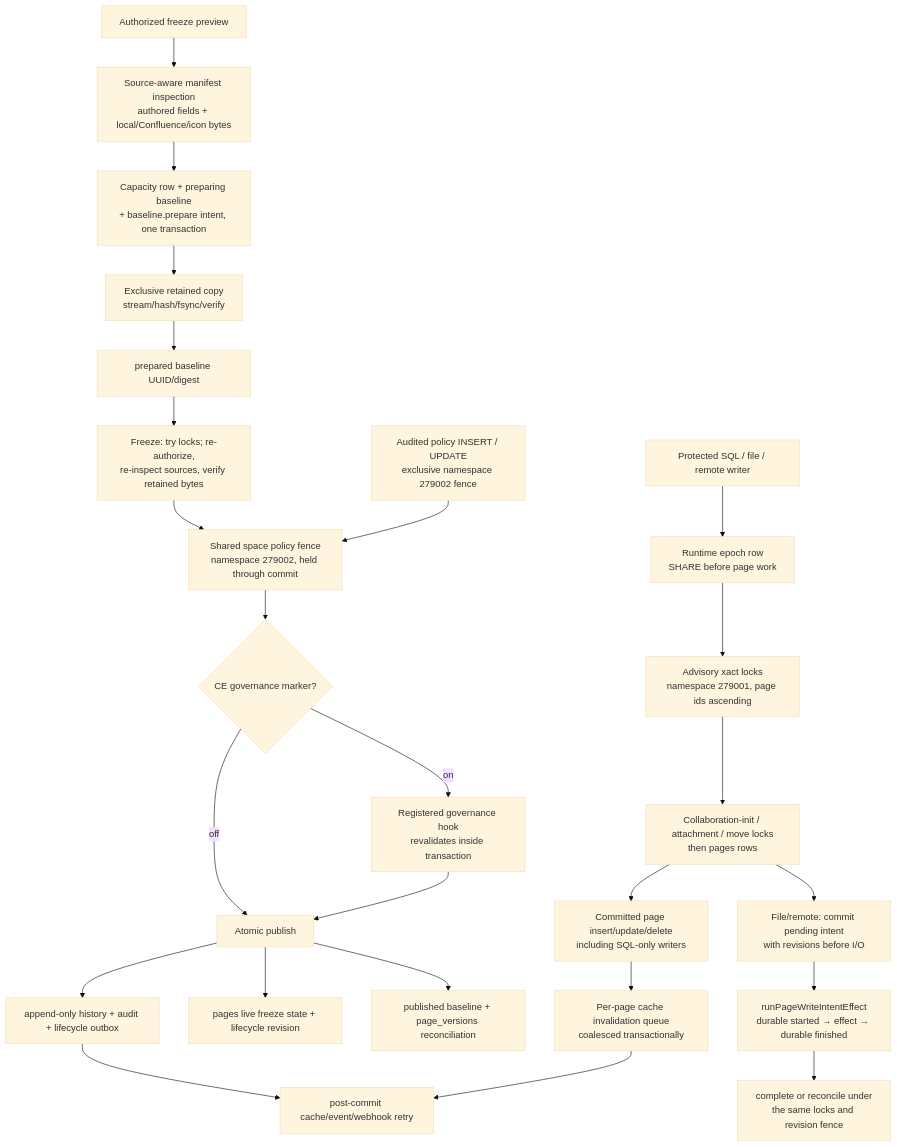
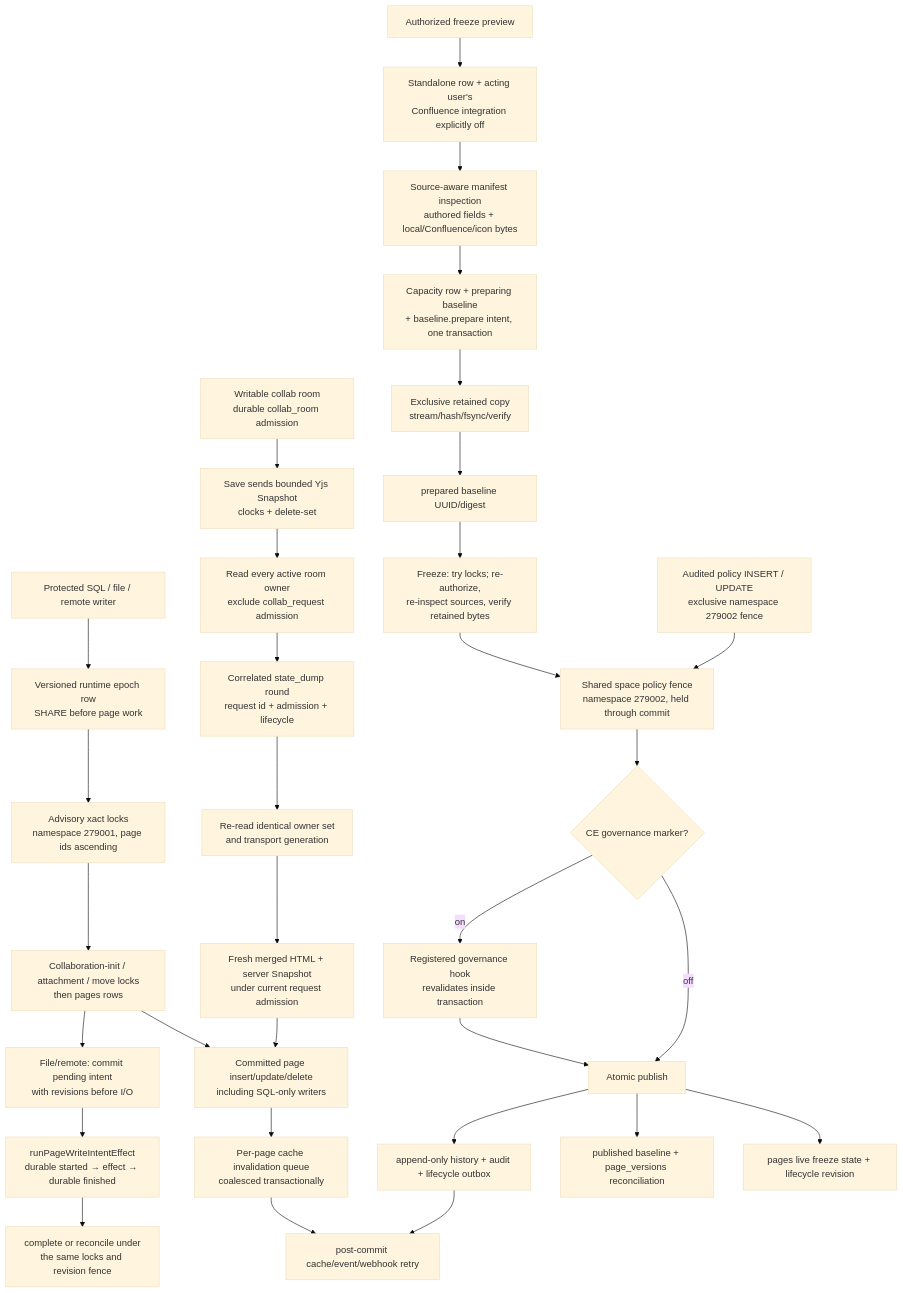
The fourth of 7 diagrams in docs/architecture/03-backend-domains.md (Compendiq/compendiq-ce), drawn with Mermaid (base theme) before and after one commit. The commit also changed other lines of this file and 107 other files, not shown here.

````diff
--- a/docs/architecture/03-backend-domains.md
+++ b/docs/architecture/03-backend-domains.md
@@ -120,28 +121,36 @@
 ```mermaid
 flowchart TD
-    writer["Protected SQL / file / remote writer"] --> runtime["Runtime epoch row<br/>SHARE before page work"]
+    writer["Protected SQL / file / remote writer"] --> runtime["Versioned runtime epoch row<br/>SHARE before page work"]
     runtime --> locks["Advisory xact locks<br/>namespace 279001, page ids ascending"]
     locks --> subsystem["Collaboration-init / attachment / move locks<br/>then pages rows"]
     subsystem --> sql["SQL-only: validate + mutate<br/>on the same PoolClient"]
     subsystem --> intent["File/remote: commit pending intent<br/>with revisions before I/O"]
     intent --> effect["runPageWriteIntentEffect<br/>durable started → effect → durable finished"]
     effect --> settle["complete or reconcile under<br/>the same locks and revision fence"]
 
-    preview["Authorized freeze preview"] --> inspect["Source-aware manifest inspection<br/>authored fields + local/Confluence/icon bytes"]
+    room["Writable collab room<br/>durable collab_room admission"] --> save["Save sends bounded Yjs Snapshot<br/>clocks + delete-set"]
+    save --> owners["Read every active room owner<br/>exclude collab_request admission"]
+    owners --> dumps["Correlated state_dump round<br/>request id + admission + lifecycle"]
+    dumps --> fence["Re-read identical owner set<br/>and transport generation"]
+    fence --> commitSnapshot["Fresh merged HTML + server Snapshot<br/>under current request admission"]
+    commitSnapshot --> sql
+
+    preview["Authorized freeze preview"] --> eligible["Standalone row + acting user's<br/>Confluence integration explicitly off"]
+    eligible --> inspect["Source-aware manifest inspection<br/>authored fields + local/Confluence/icon bytes"]
     inspect --> reserve["Capacity row + preparing baseline<br/>+ baseline.prepare intent, one transaction"]
     reserve --> copy["Exclusive retained copy<br/>stream/hash/fsync/verify"]
     copy --> prepared["prepared baseline UUID/digest"]
     prepared --> freeze["Freeze: try locks; re-authorize,<br/>re-inspect sources, verify retained bytes"]
     freeze --> policyFence["Shared space policy fence<br/>namespace 279002, held through commit"]
     policyWrite["Audited policy INSERT / UPDATE<br/>exclusive namespace 279002 fence"] --> policyFence
     policyFence --> marker{"CE governance marker?"}
     marker -->|off| publish["Atomic publish"]
     marker -->|on| hook["Registered governance hook<br/>revalidates inside transaction"]
     hook --> publish
     publish --> state["pages live freeze state + lifecycle revision"]
     publish --> evidence["published baseline + page_versions reconciliation"]
     publish --> ledger["append-only history + audit + lifecycle outbox"]
     ledger --> delivery["post-commit cache/event/webhook retry"]
     sql["Committed page insert/update/delete<br/>including SQL-only writers"] --> cacheQueue["Per-page cache invalidation queue<br/>coalesced transactionally"]
     cacheQueue --> delivery
 ```
````
